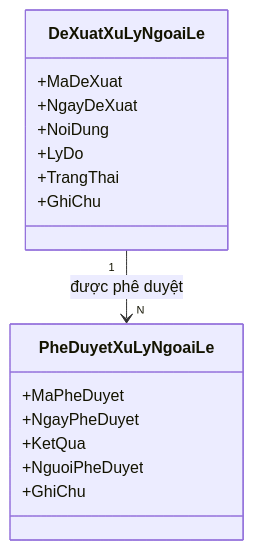
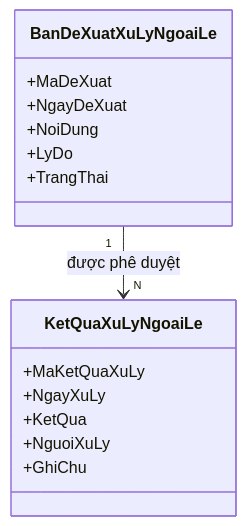
Diagram 13 of 14 in app/docs/DOMAIN_MODEL.md (vthaix/WarehouseSystem), drawn with Mermaid before and after one commit.

Commit message:
Refactor class diagram in DOMAIN_MODEL.md

````diff
--- a/app/docs/DOMAIN_MODEL.md
+++ b/app/docs/DOMAIN_MODEL.md
@@ -675,23 +675,22 @@
 ```mermaid
 classDiagram
 
-    class DeXuatXuLyNgoaiLe {
+    class BanDeXuatXuLyNgoaiLe {
         +MaDeXuat
         +NgayDeXuat
         +NoiDung
         +LyDo
         +TrangThai
+    }
+
+    class KetQuaXuLyNgoaiLe {
+        +MaKetQuaXuLy
+        +NgayXuLy
+        +KetQua
+        +NguoiXuLy
         +GhiChu
     }
 
-    class PheDuyetXuLyNgoaiLe {
-        +MaPheDuyet
-        +NgayPheDuyet
-        +KetQua
-        +NguoiPheDuyet
-        +GhiChu
-    }
-
-    DeXuatXuLyNgoaiLe "1" --> "N" PheDuyetXuLyNgoaiLe : được phê duyệt
+    BanDeXuatXuLyNgoaiLe "1" --> "N" KetQuaXuLyNgoaiLe : được phê duyệt
 
 ```
````
